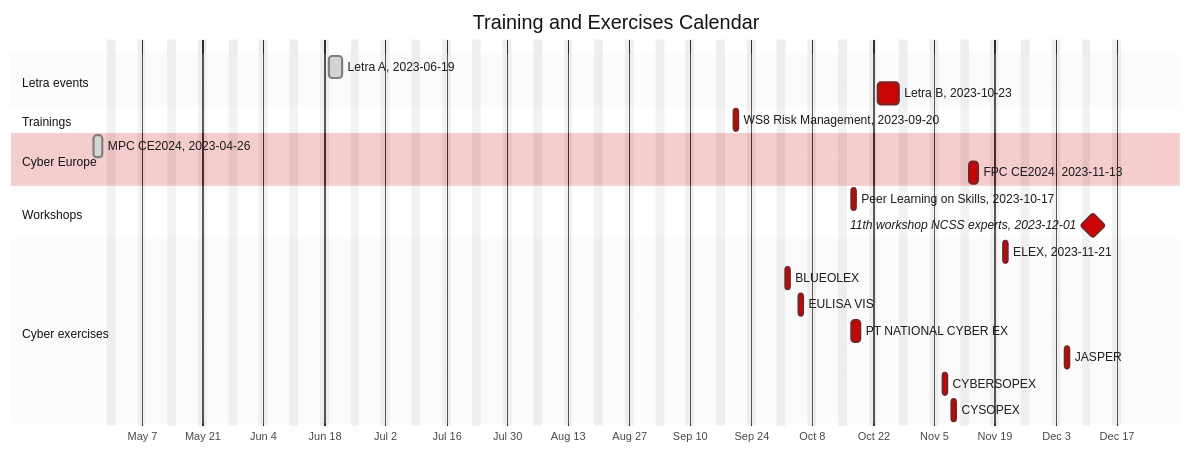
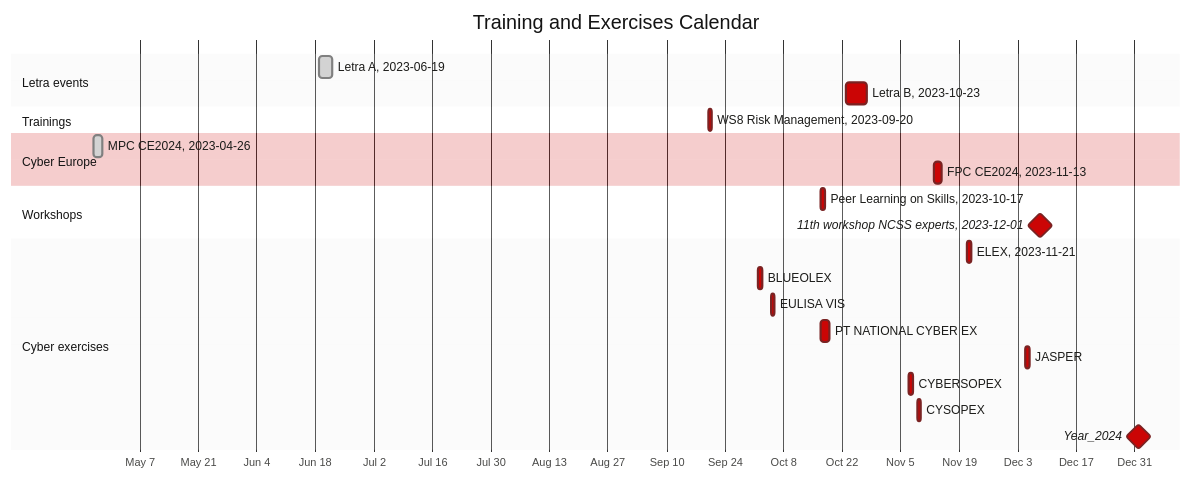
The second of 2 diagrams in README.md (ENISA-Exercises/Public01), drawn with Mermaid before and after one commit. The commit also changed other lines of this file, not shown here.

````diff
--- a/README.md
+++ b/README.md
@@ -6,45 +57,44 @@
 ```mermaid
 %%{
   init: {
     'theme': 'base',
     'themeVariables': {
       'darkmode': 'false',
       'fontFamily': 'Arial',
       'background':	'#EBEBEB',
       'primaryColor': '#CB0505',
       'primaryTextColor': '#1D1D1B',
       'secondaryColor': '#004F9F',
       'tertiaryColor': '#EBEBEB',
       'lineColor': '#1D1D1B'
     }
   }
 }%%
 gantt
-excludes   weekends %% (`excludes` accepts specific dates in YYYY-MM-DD format, days of the week ("sunday") or "weekends", but not the word "weekdays".)
   title Training and Exercises Calendar
   dateFormat YYYY-MM-DD %%Input date format. The default input date format is YYYY-MM-DD
   axisFormat %b %e
   tickInterval 2week
 %%displayed gantt bar info
   section Letra events
     Letra A, 2023-06-19: done, Letra202306, 2023-06-19, 3d
     Letra B, 2023-10-23: Letra202310, 2023-10-23, 5d
   section Trainings
     WS8 Risk Management, 2023-09-20: TRAINING45189, 2023-09-20, 1d
   section Cyber Europe
     MPC CE2024, 2023-04-26: done, CE24, 2023-04-26, 2d
     FPC CE2024, 2023-11-13: CONFERENCE45243, 2023-11-13, 2d
   section Workshops
     Peer Learning on Skills, 2023-10-17: physical_workshop45216, 2023-10-17, 1d
     11th workshop NCSS experts, 2023-12-01: milestone, virtual_workshop45261, 2023-12-01, 15d
   section Cyber exercises
     ELEX, 2023-11-21: ELEX2023, 2023-11-21, 1d
     BLUEOLEX: EXERCISE45201, 2023-10-02, 1d
     EULISA VIS: EXERCISE45204, 2023-10-05, 1d
     PT NATIONAL CYBER EX: EXERCISE45216, 2023-10-17, 2d
     JASPER: EXERCISE45265, 2023-12-05, 1d
     CYBERSOPEX: EXERCISE45237, 2023-11-07, 1d
     CYSOPEX: EXERCISE45239, 2023-11-09, 1d
 %%  Year_2023: milestone, Year23, 2023-01-01, 0d
-%%  Year_2024: milestone, Year24, 2024-01-01, 0d
+Year_2024: milestone, Year24, 2024-01-01, 0d
 ```
````
